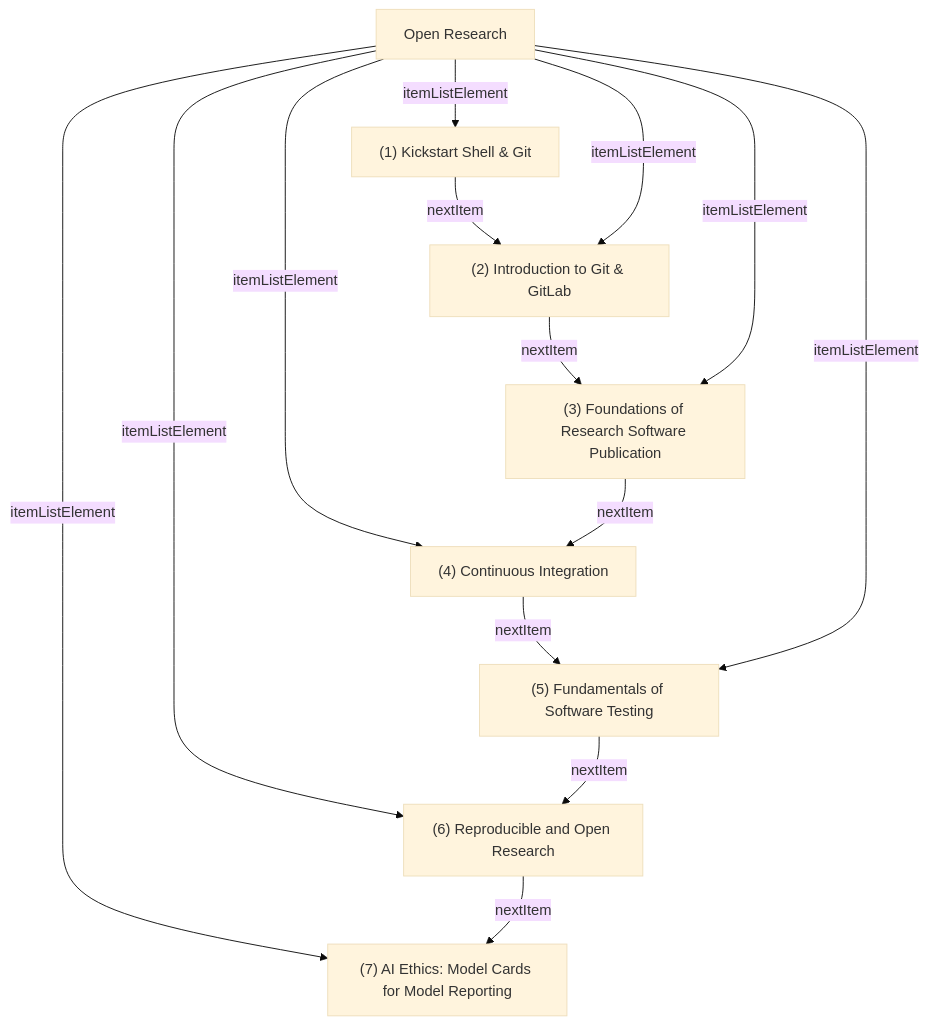
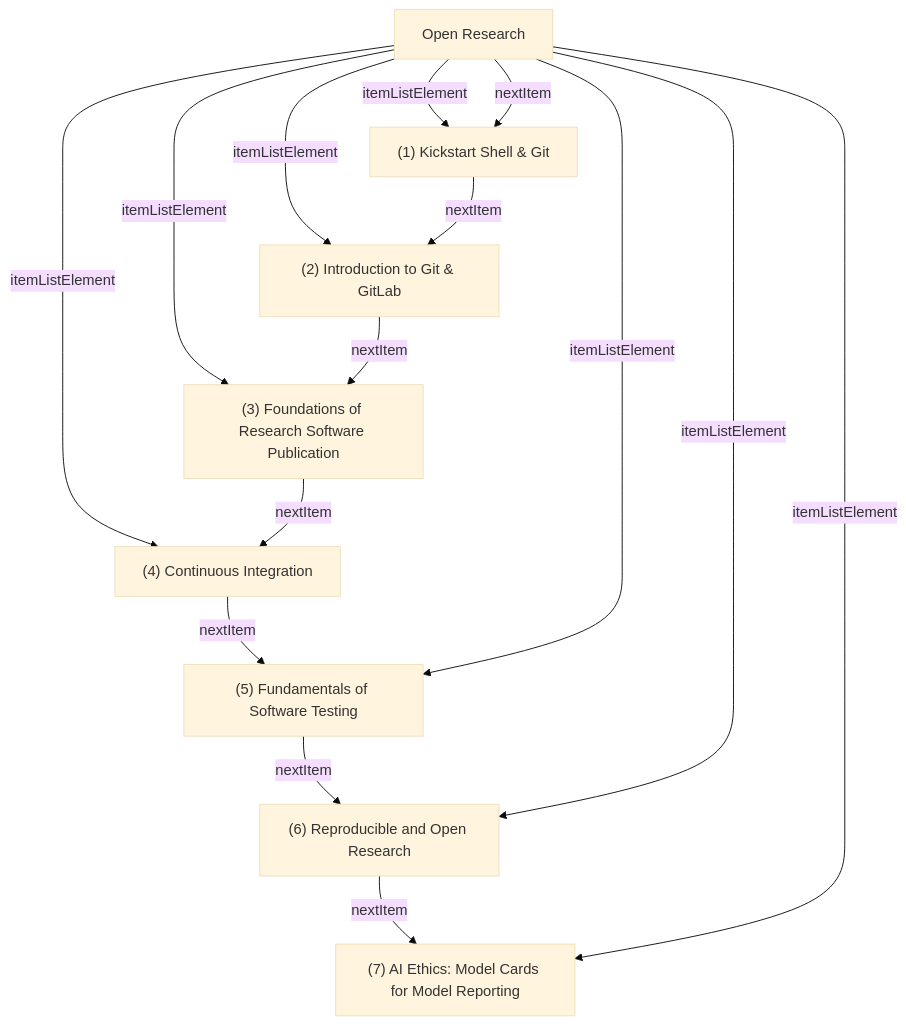
The second of 4 diagrams in README.md (BioSchemas/LearningPath-sandbox), drawn with Mermaid (base theme) before and after one commit. The commit also changed other lines of this file, not shown here.

Commit message:
Update README with module and schema changes

````diff
--- a/README.md
+++ b/README.md
@@ -195,42 +198,45 @@
 ```mermaid
 graph TD
+N1["Open Research"]
+N4["(3) Foundations of Research Software Publication"]
+N1 -- itemListElement --> N4
+N1["Open Research"]
 N2["(1) Kickstart Shell & Git"]
-N3["(2) Introduction to Git & GitLab"]
-N2 -- nextItem --> N3
+N1 -- itemListElement --> N2
 N1["Open Research"]
-N8["(7) AI Ethics: Model Cards for Model Reporting"]
-N1 -- itemListElement --> N8
+N5["(4) Continuous Integration"]
+N1 -- itemListElement --> N5
+N4["(3) Foundations of Research Software Publication"]
+N5["(4) Continuous Integration"]
+N4 -- nextItem --> N5
+N6["(5) Fundamentals of Software Testing"]
+N7["(6) Reproducible and Open Research"]
+N6 -- nextItem --> N7
 N5["(4) Continuous Integration"]
 N6["(5) Fundamentals of Software Testing"]
 N5 -- nextItem --> N6
+N7["(6) Reproducible and Open Research"]
+N8["(7) AI Ethics: Model Cards for Model Reporting"]
+N7 -- nextItem --> N8
+N1["Open Research"]
+N6["(5) Fundamentals of Software Testing"]
+N1 -- itemListElement --> N6
+N1["Open Research"]
+N7["(6) Reproducible and Open Research"]
+N1 -- itemListElement --> N7
 N3["(2) Introduction to Git & GitLab"]
 N4["(3) Foundations of Research Software Publication"]
 N3 -- nextItem --> N4
 N1["Open Research"]
-N5["(4) Continuous Integration"]
-N1 -- itemListElement --> N5
+N2["(1) Kickstart Shell & Git"]
+N1 -- nextItem --> N2
 N1["Open Research"]
 N3["(2) Introduction to Git & GitLab"]
 N1 -- itemListElement --> N3
 N1["Open Research"]
-N7["(6) Reproducible and Open Research"]
-N1 -- itemListElement --> N7
-N4["(3) Foundations of Research Software Publication"]
-N5["(4) Continuous Integration"]
-N4 -- nextItem --> N5
-N1["Open Research"]
+N8["(7) AI Ethics: Model Cards for Model Reporting"]
+N1 -- itemListElement --> N8
 N2["(1) Kickstart Shell & Git"]
-N1 -- itemListElement --> N2
-N6["(5) Fundamentals of Software Testing"]
-N7["(6) Reproducible and Open Research"]
-N6 -- nextItem --> N7
-N1["Open Research"]
-N4["(3) Foundations of Research Software Publication"]
-N1 -- itemListElement --> N4
-N1["Open Research"]
-N6["(5) Fundamentals of Software Testing"]
-N1 -- itemListElement --> N6
-N7["(6) Reproducible and Open Research"]
-N8["(7) AI Ethics: Model Cards for Model Reporting"]
-N7 -- nextItem --> N8
+N3["(2) Introduction to Git & GitLab"]
+N2 -- nextItem --> N3
 ```
````
